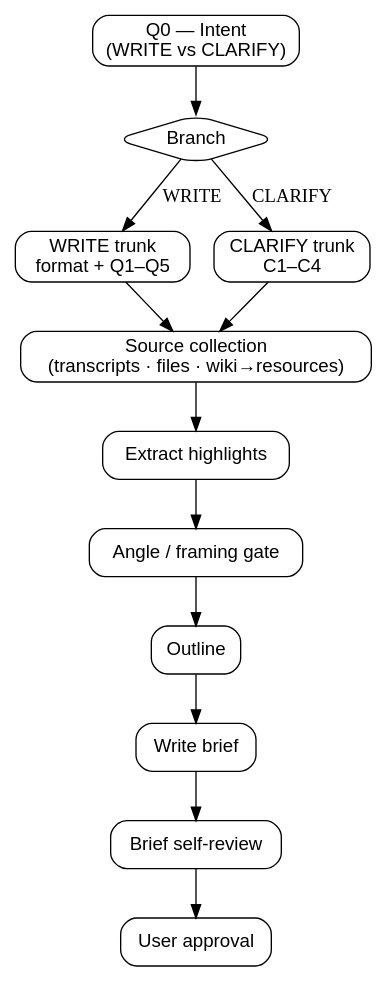
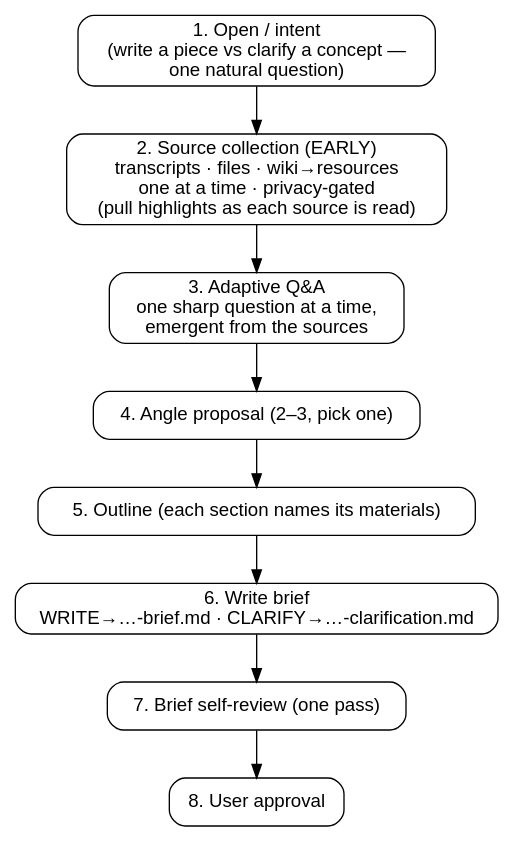
Before and after one commit to DeepShareAI/JavisSkills: the diagram in skills/javis-brainstorming/SKILL.md, drawn with Graphviz. The commit also changed other lines of this file and 3 other files, not shown here.

First line of the commit message:
feat(javis-brainstorming): v0.8.0 — adaptive simplification

````diff
--- a/skills/javis-brainstorming/SKILL.md
+++ b/skills/javis-brainstorming/SKILL.md
@@ -14,25 +16,17 @@
 ```dot
-digraph javis_brainstorming {
+digraph javis_brainstorming_v080 {
   rankdir=TB;
   node [shape=box, style=rounded, fontname="Helvetica"];
 
-  intent  [label="Q0 — Intent\n(WRITE vs CLARIFY)"];
-  branch  [label="Branch", shape=diamond];
-  trunk_w [label="WRITE trunk\nformat + Q1–Q5"];
-  trunk_c [label="CLARIFY trunk\nC1–C4"];
-  sources [label="Source collection\n(transcripts · files · wiki→resources)"];
-  extract [label="Extract highlights"];
-  angle   [label="Angle / framing gate"];
-  outline [label="Outline"];
-  brief   [label="Write brief"];
-  review  [label="Brief self-review"];
-  approve [label="User approval"];
+  intent  [label="1. Open / intent\n(write a piece vs clarify a concept —\none natural question)"];
+  sources [label="2. Source collection (EARLY)\ntranscripts · files · wiki→resources\none at a time · privacy-gated\n(pull highlights as each source is read)"];
+  qa      [label="3. Adaptive Q&A\none sharp question at a time,\nemergent from the sources"];
+  angle   [label="4. Angle proposal (2–3, pick one)"];
+  outline [label="5. Outline (each section names its materials)"];
+  brief   [label="6. Write brief\nWRITE→…-brief.md · CLARIFY→…-clarification.md"];
+  review  [label="7. Brief self-review (one pass)"];
+  approve [label="8. User approval"];
 
-  intent  -> branch;
-  branch  -> trunk_w [label="WRITE"];
-  branch  -> trunk_c [label="CLARIFY"];
-  trunk_w -> sources;
-  trunk_c -> sources;
-  sources -> extract -> angle -> outline -> brief -> review -> approve;
+  intent -> sources -> qa -> angle -> outline -> brief -> review -> approve;
 }
 ```
````
